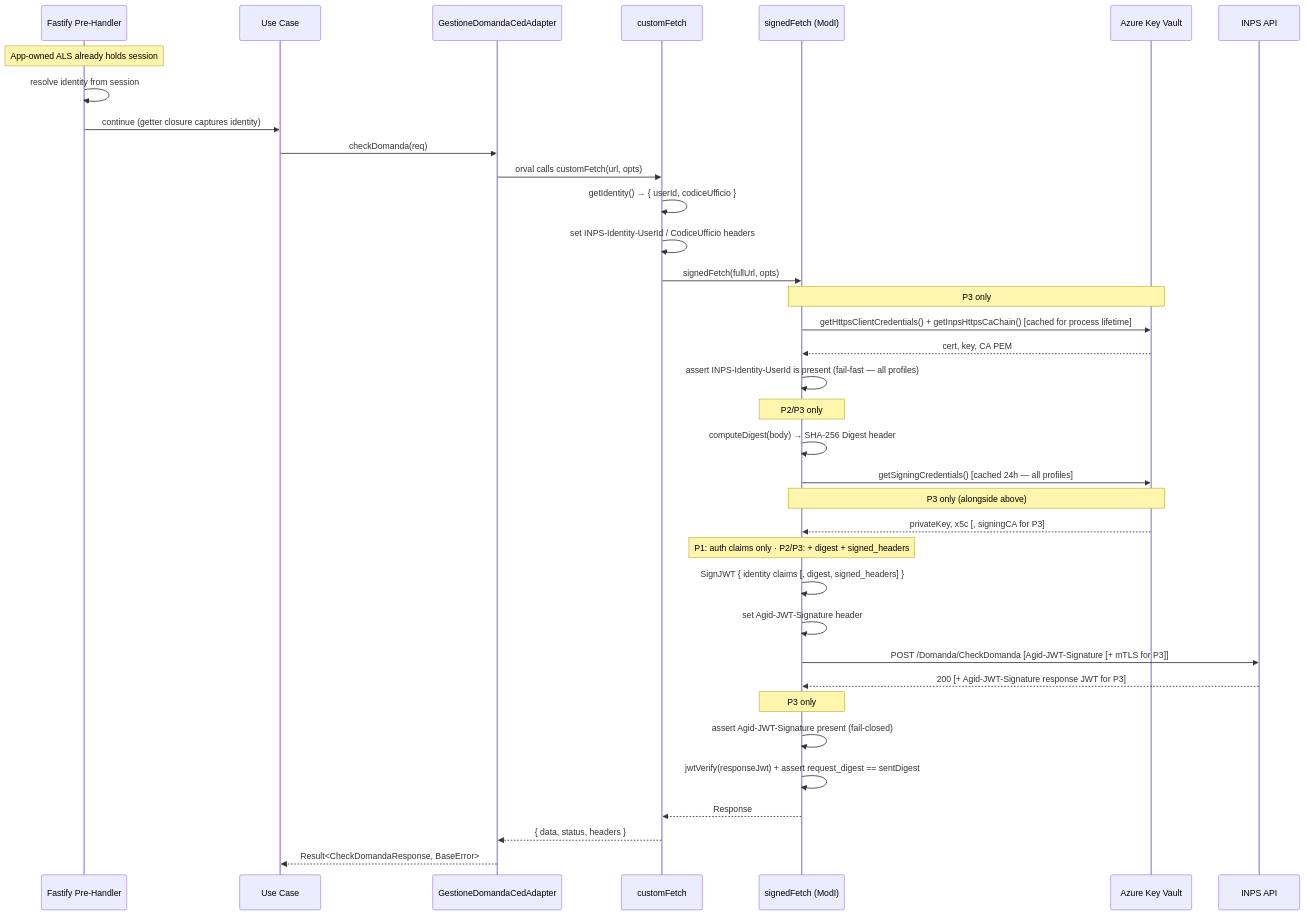
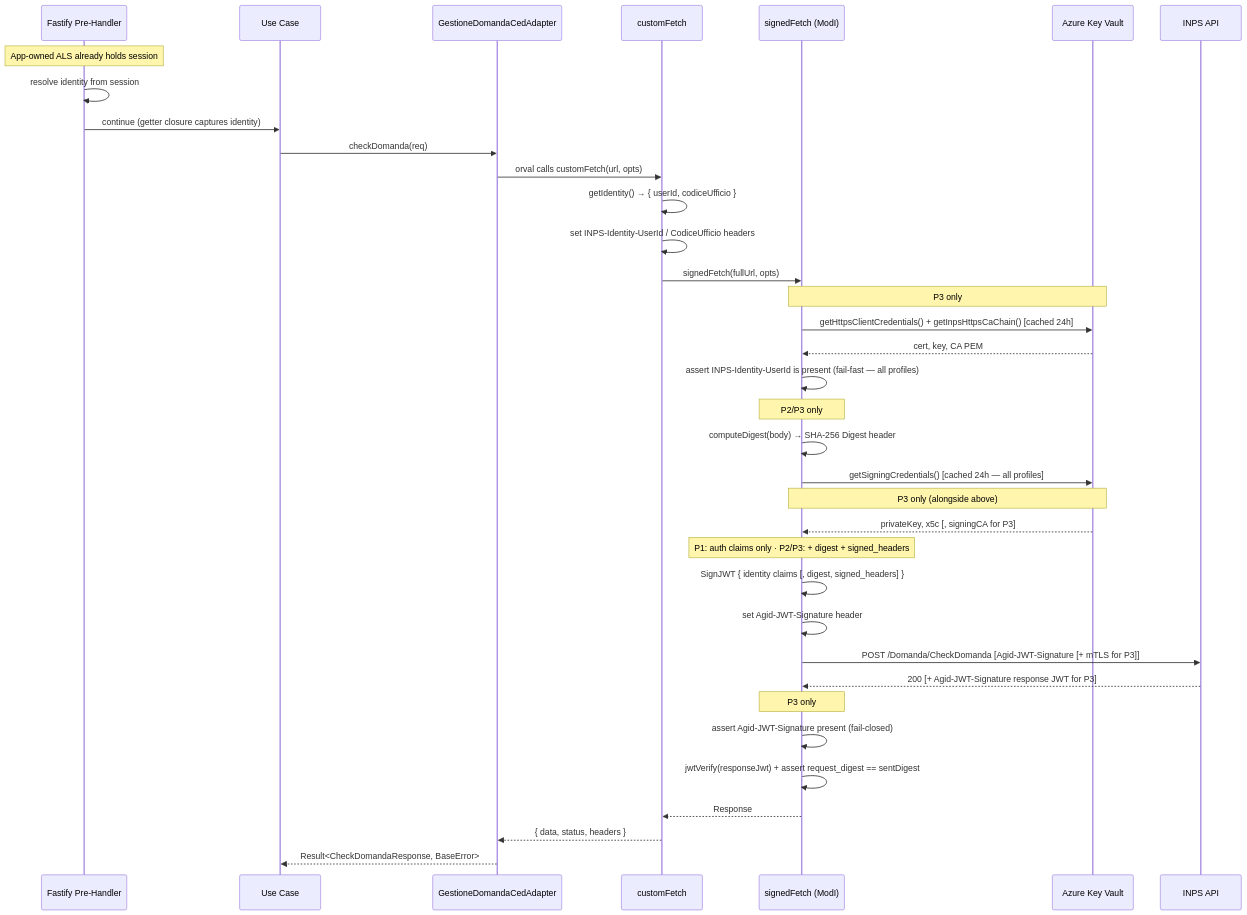
Before and after one commit to pagopa/io-growth: the third of 4 diagrams in docs/modi-inps/design-review.md, drawn with Mermaid. The commit also changed other lines of this file and 4 other files, not shown here.

````diff
--- a/docs/modi-inps/design-review.md
+++ b/docs/modi-inps/design-review.md
@@ -109,46 +109,46 @@
 ```mermaid
 sequenceDiagram
     participant PH as Fastify Pre-Handler
     participant UC as Use Case
     participant Repo as GestioneDomandaCedAdapter
     participant CF as customFetch
     participant SF as signedFetch (ModI)
     participant KV as Azure Key Vault
     participant INPS as INPS API
 
     Note over PH: App-owned ALS already holds session
     PH->>PH: resolve identity from session
     PH->>UC: continue (getter closure captures identity)
     UC->>Repo: checkDomanda(req)
     Repo->>CF: orval calls customFetch(url, opts)
     CF->>CF: getIdentity() → { userId, codiceUfficio }
     CF->>CF: set INPS-Identity-UserId / CodiceUfficio headers
     CF->>SF: signedFetch(fullUrl, opts)
 
     Note over SF,KV: P3 only
-    SF->>KV: getHttpsClientCredentials() + getInpsHttpsCaChain() [cached for process lifetime]
+    SF->>KV: getHttpsClientCredentials() + getInpsHttpsCaChain() [cached 24h]
     KV-->>SF: cert, key, CA PEM
 
     SF->>SF: assert INPS-Identity-UserId is present (fail-fast — all profiles)
 
     Note over SF: P2/P3 only
     SF->>SF: computeDigest(body) → SHA-256 Digest header
 
     SF->>KV: getSigningCredentials() [cached 24h — all profiles]
     Note over SF,KV: P3 only (alongside above)
     KV-->>SF: privateKey, x5c [, signingCA for P3]
 
     Note over SF: P1: auth claims only · P2/P3: + digest + signed_headers
     SF->>SF: SignJWT { identity claims [, digest, signed_headers] }
     SF->>SF: set Agid-JWT-Signature header
 
     SF->>INPS: POST /Domanda/CheckDomanda [Agid-JWT-Signature [+ mTLS for P3]]
     INPS-->>SF: 200 [+ Agid-JWT-Signature response JWT for P3]
 
     Note over SF: P3 only
     SF->>SF: assert Agid-JWT-Signature present (fail-closed)
     SF->>SF: jwtVerify(responseJwt) + assert request_digest == sentDigest
     SF-->>CF: Response
     CF-->>Repo: { data, status, headers }
     Repo-->>UC: Result<CheckDomandaResponse, BaseError>
 ```
````
